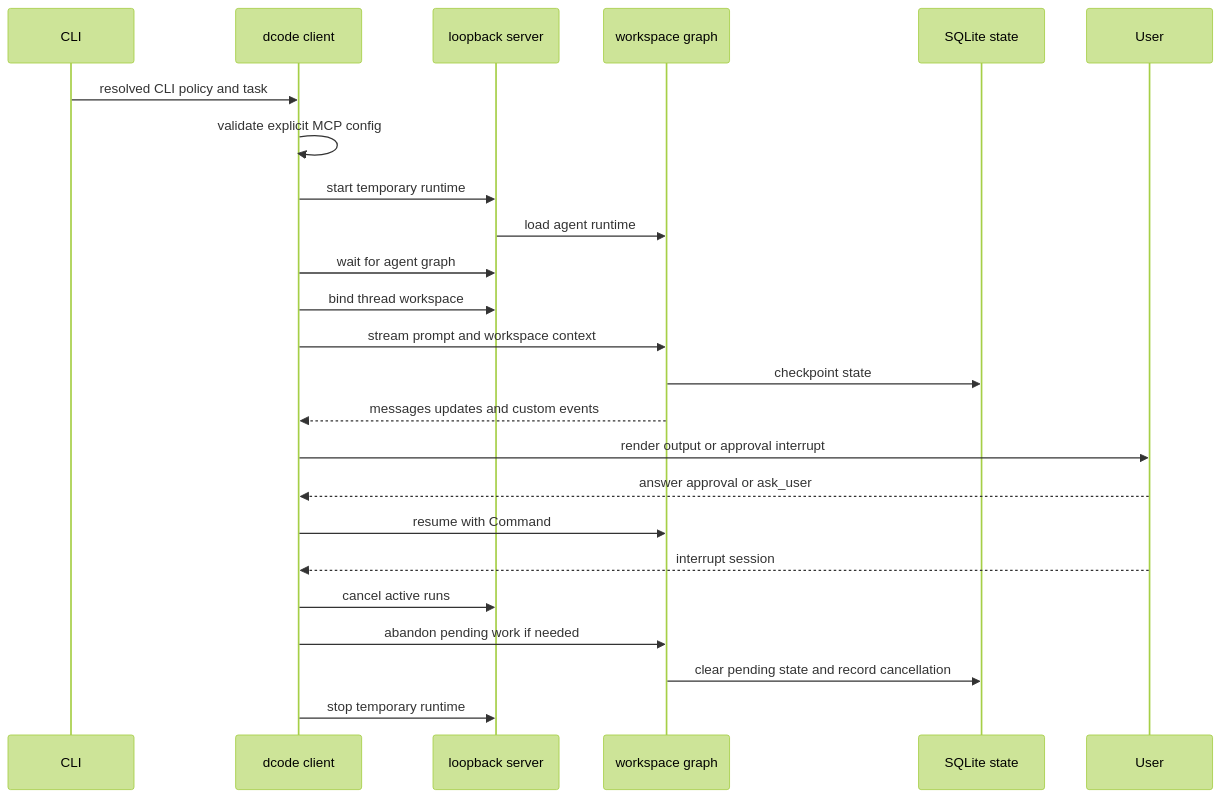
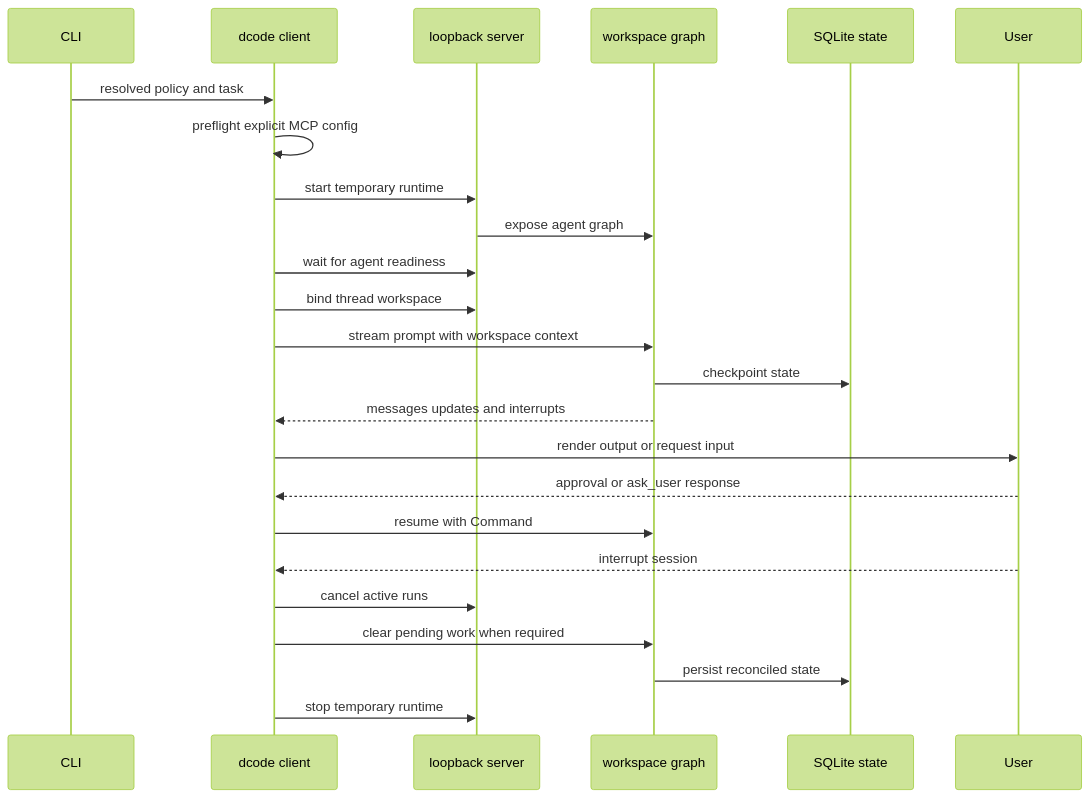
Before and after one commit to langchain-ai/deepagents: the diagram in openwiki/workflows/run-dcode-session.md, drawn with Mermaid (forest theme). The commit also changed other lines of this file and 34 other files, not shown here.

````diff
--- a/openwiki/workflows/run-dcode-session.md
+++ b/openwiki/workflows/run-dcode-session.md
@@ -68,26 +70,26 @@
 ```mermaid
 sequenceDiagram
     participant CLI
     participant Client as dcode client
     participant Server as loopback server
     participant Graph as workspace graph
     participant Store as SQLite state
     participant User
-    CLI->>Client: resolved CLI policy and task
-    Client->>Client: validate explicit MCP config
+    CLI->>Client: resolved policy and task
+    Client->>Client: preflight explicit MCP config
     Client->>Server: start temporary runtime
-    Server->>Graph: load agent runtime
-    Client->>Server: wait for agent graph
+    Server->>Graph: expose agent graph
+    Client->>Server: wait for agent readiness
     Client->>Server: bind thread workspace
-    Client->>Graph: stream prompt and workspace context
+    Client->>Graph: stream prompt with workspace context
     Graph->>Store: checkpoint state
-    Graph-->>Client: messages updates and custom events
-    Client->>User: render output or approval interrupt
-    User-->>Client: answer approval or ask_user
+    Graph-->>Client: messages updates and interrupts
+    Client->>User: render output or request input
+    User-->>Client: approval or ask_user response
     Client->>Graph: resume with Command
     User-->>Client: interrupt session
     Client->>Server: cancel active runs
-    Client->>Graph: abandon pending work if needed
-    Graph->>Store: clear pending state and record cancellation
+    Client->>Graph: clear pending work when required
+    Graph->>Store: persist reconciled state
     Client->>Server: stop temporary runtime
 ```
````
